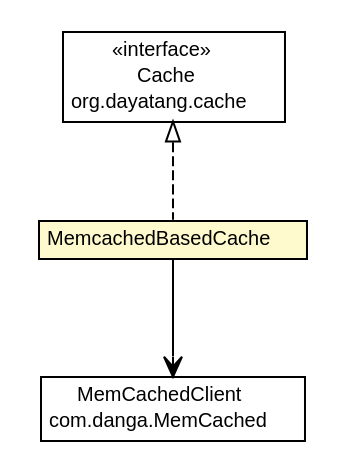
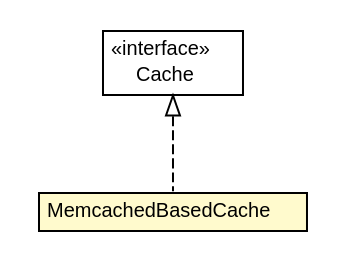
Before and after one commit to dayatang/dddlib: the diagram in dddlib-cache/dddlib-cache-memcached/apidocs/org/dayatang/cache/memcached/MemcachedBasedCache.dot, drawn with Graphviz. The commit also changed 76 other files, not shown here.

```diff
--- a/dddlib-cache/dddlib-cache-memcached/apidocs/org/dayatang/cache/memcached/MemcachedBasedCache.dot
+++ b/dddlib-cache/dddlib-cache-memcached/apidocs/org/dayatang/cache/memcached/MemcachedBasedCache.dot
@@ -1,37 +1,27 @@
 #!/usr/local/bin/dot
 #
 # Class diagram 
 # Generated by UMLGraph version R5_6_6-8-g8d7759 (http://www.umlgraph.org/)
 #
 
 digraph G {
 	edge [fontname="Helvetica",fontsize=10,labelfontname="Helvetica",labelfontsize=10];
 	node [fontname="Helvetica",fontsize=10,shape=plaintext];
 	nodesep=0.25;
 	ranksep=0.5;
 	// org.dayatang.cache.memcached.MemcachedBasedCache
-	c21 [label=<<table title="org.dayatang.cache.memcached.MemcachedBasedCache" border="0" cellborder="1" cellspacing="0" cellpadding="2" port="p" bgcolor="lemonChiffon" href="./MemcachedBasedCache.html">
+	c9 [label=<<table title="org.dayatang.cache.memcached.MemcachedBasedCache" border="0" cellborder="1" cellspacing="0" cellpadding="2" port="p" bgcolor="lemonChiffon" href="./MemcachedBasedCache.html">
 		<tr><td><table border="0" cellspacing="0" cellpadding="1">
 <tr><td align="center" balign="center"> MemcachedBasedCache </td></tr>
 		</table></td></tr>
 		</table>>, URL="./MemcachedBasedCache.html", fontname="Helvetica", fontcolor="black", fontsize=10.0];
 	//org.dayatang.cache.memcached.MemcachedBasedCache implements org.dayatang.cache.Cache
-	c23:p -> c21:p [dir=back,arrowtail=empty,style=dashed];
-	// org.dayatang.cache.memcached.MemcachedBasedCache NAVASSOC com.danga.MemCached.MemCachedClient
-	c21:p -> c24:p [taillabel="", label=" "headlabel="", fontname="Helvetica", fontcolor="black", fontsize=10.0, color="black", arrowhead=open];
+	c11:p -> c9:p [dir=back,arrowtail=empty,style=dashed];
 	// org.dayatang.cache.Cache
-	c23 [label=<<table title="org.dayatang.cache.Cache" border="0" cellborder="1" cellspacing="0" cellpadding="2" port="p" href="http://java.sun.com/j2se/1.4.2/docs/api/org/dayatang/cache/Cache.html">
+	c11 [label=<<table title="org.dayatang.cache.Cache" border="0" cellborder="1" cellspacing="0" cellpadding="2" port="p">
 		<tr><td><table border="0" cellspacing="0" cellpadding="1">
 <tr><td align="center" balign="center"> &#171;interface&#187; </td></tr>
 <tr><td align="center" balign="center"> Cache </td></tr>
-<tr><td align="center" balign="center"> org.dayatang.cache </td></tr>
 		</table></td></tr>
-		</table>>, URL="http://java.sun.com/j2se/1.4.2/docs/api/org/dayatang/cache/Cache.html", fontname="Helvetica", fontcolor="black", fontsize=10.0];
-	// com.danga.MemCached.MemCachedClient
-	c24 [label=<<table title="com.danga.MemCached.MemCachedClient" border="0" cellborder="1" cellspacing="0" cellpadding="2" port="p" href="http://java.sun.com/j2se/1.4.2/docs/api/com/danga/MemCached/MemCachedClient.html">
-		<tr><td><table border="0" cellspacing="0" cellpadding="1">
-<tr><td align="center" balign="center"> MemCachedClient </td></tr>
-<tr><td align="center" balign="center"> com.danga.MemCached </td></tr>
-		</table></td></tr>
-		</table>>, URL="http://java.sun.com/j2se/1.4.2/docs/api/com/danga/MemCached/MemCachedClient.html", fontname="Helvetica", fontcolor="black", fontsize=10.0];
+		</table>>, URL="null", fontname="Helvetica", fontcolor="black", fontsize=10.0];
 }
```
